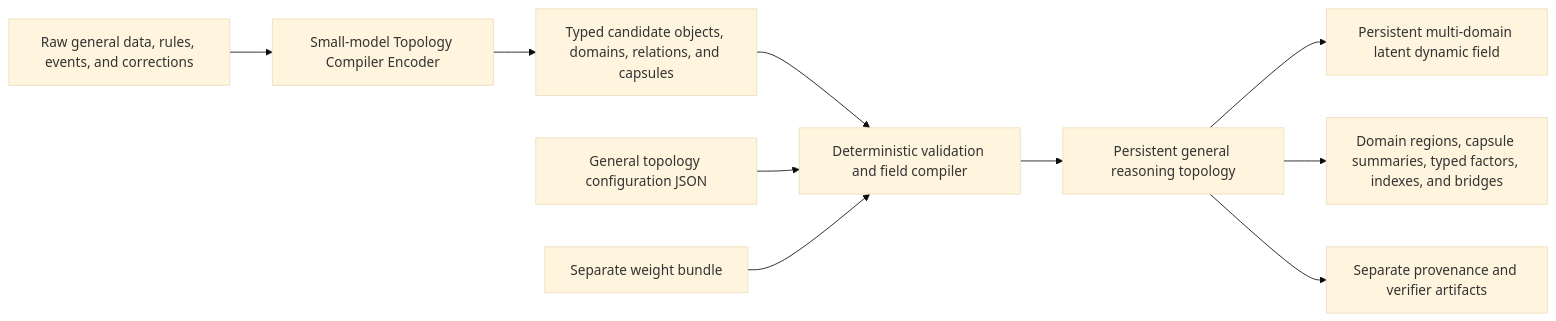
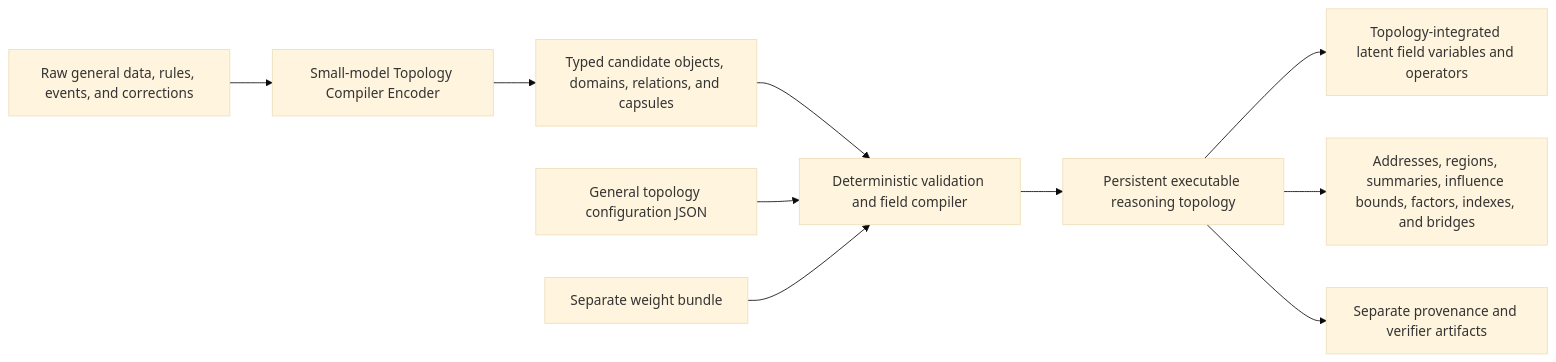
The first of 8 diagrams in docs/architecture.md (rishi-ie/LTM), drawn with Mermaid (base theme) before and after one commit. The commit also changed other lines of this file and 46 other files, not shown here.

Commit message:
Document executable topology architecture and MICRO-LTM-3 boundary

````diff
--- a/docs/architecture.md
+++ b/docs/architecture.md
@@ -54,21 +106,21 @@
 ```mermaid
 flowchart LR
     A["Raw general data, rules, events, and corrections"]
     B["Small-model Topology Compiler Encoder"]
     C["Typed candidate objects, domains, relations, and capsules"]
     D["General topology configuration JSON"]
     W["Separate weight bundle"]
     E["Deterministic validation and field compiler"]
-    T["Persistent general reasoning topology"]
-    F["Persistent multi-domain latent dynamic field"]
-    G["Domain regions, capsule summaries, typed factors, indexes, and bridges"]
+    T["Persistent executable reasoning topology"]
+    F["Topology-integrated latent field variables and operators"]
+    G["Addresses, regions, summaries, influence bounds, factors, indexes, and bridges"]
     H["Separate provenance and verifier artifacts"]
 
     A --> B --> C --> E
     D --> E
     W --> E
     E --> T
     T --> F
     T --> G
     T --> H
 ```
````
